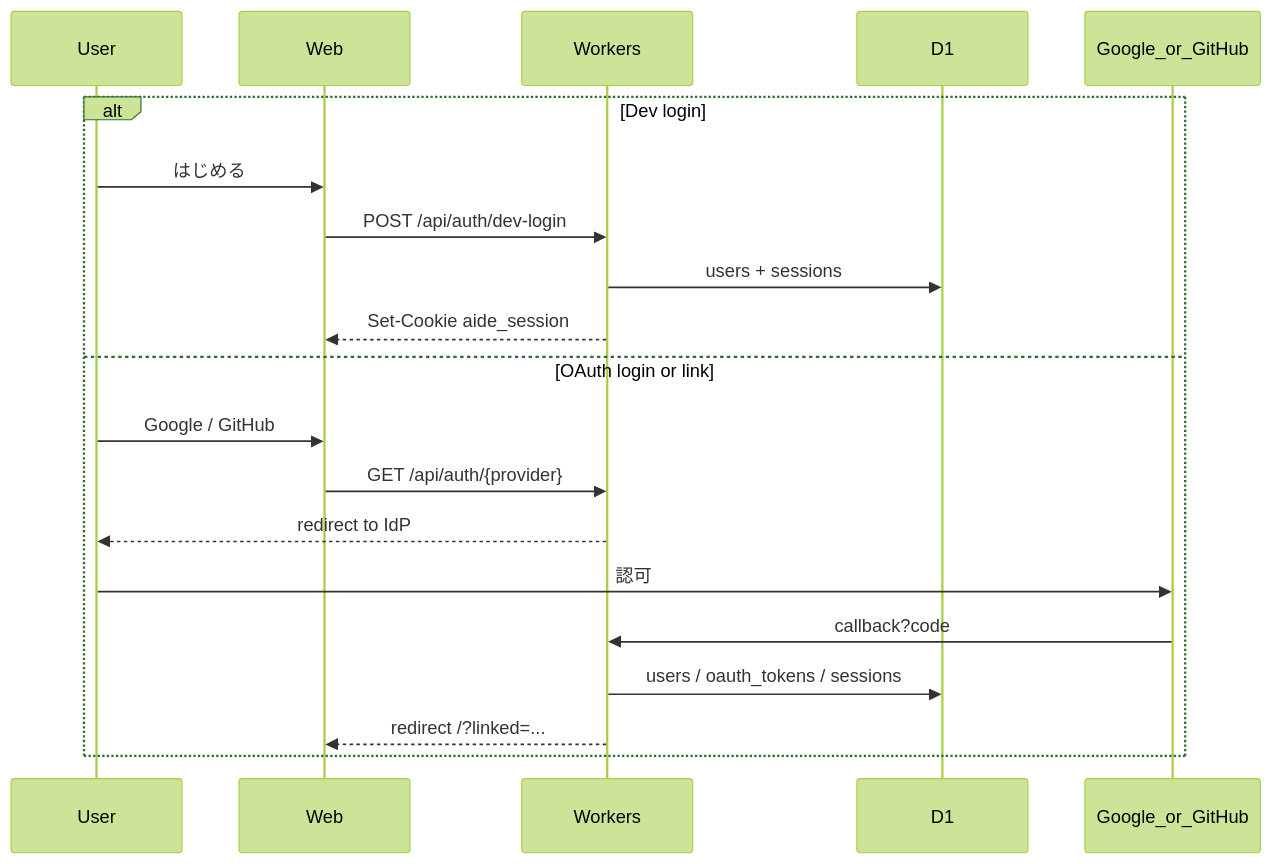
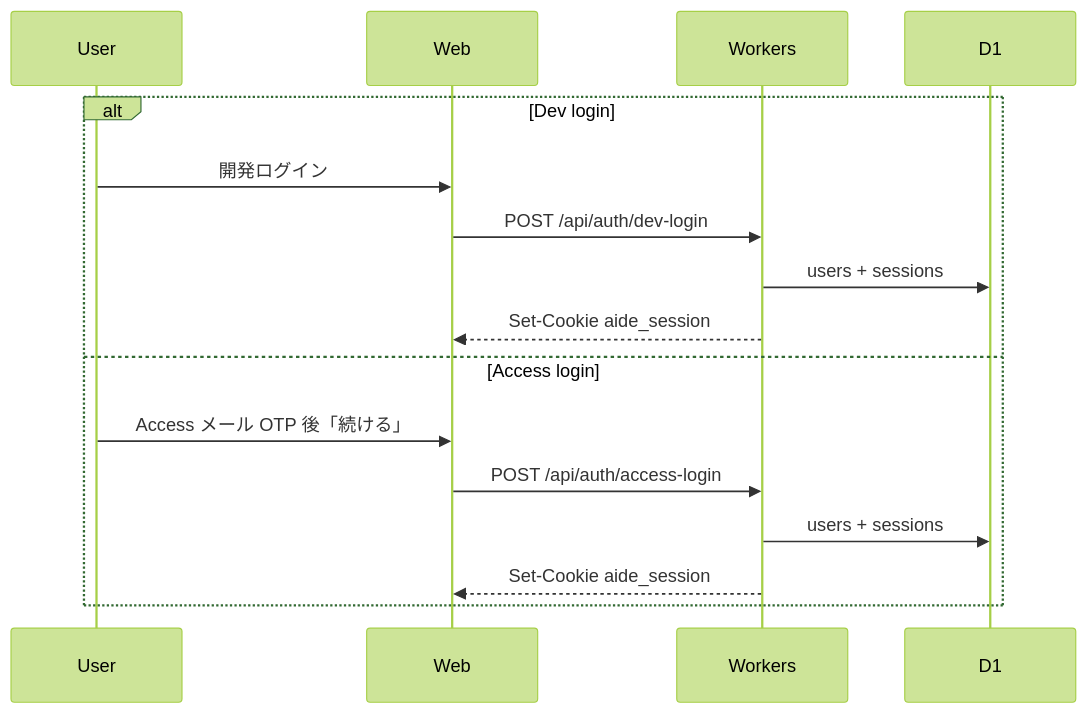
The third of 5 diagrams in README.md (keitaroooo/aide), drawn with Mermaid (forest theme) before and after one commit. The commit also changed other lines of this file and 19 other files, not shown here.

````diff
--- a/README.md
+++ b/README.md
@@ -193,23 +180,19 @@
 ```mermaid
 sequenceDiagram
   participant U as User
   participant W as Web
   participant A as Workers
   participant D as D1
-  participant IdP as Google_or_GitHub
 
   alt Dev login
-    U->>W: はじめる
+    U->>W: 開発ログイン
     W->>A: POST /api/auth/dev-login
     A->>D: users + sessions
     A-->>W: Set-Cookie aide_session
-  else OAuth login or link
-    U->>W: Google / GitHub
-    W->>A: GET /api/auth/{provider}
-    A-->>U: redirect to IdP
-    U->>IdP: 認可
-    IdP->>A: callback?code
-    A->>D: users / oauth_tokens / sessions
-    A-->>W: redirect /?linked=...
+  else Access login
+    U->>W: Access メール OTP 後「続ける」
+    W->>A: POST /api/auth/access-login
+    A->>D: users + sessions
+    A-->>W: Set-Cookie aide_session
   end
 ```
````
